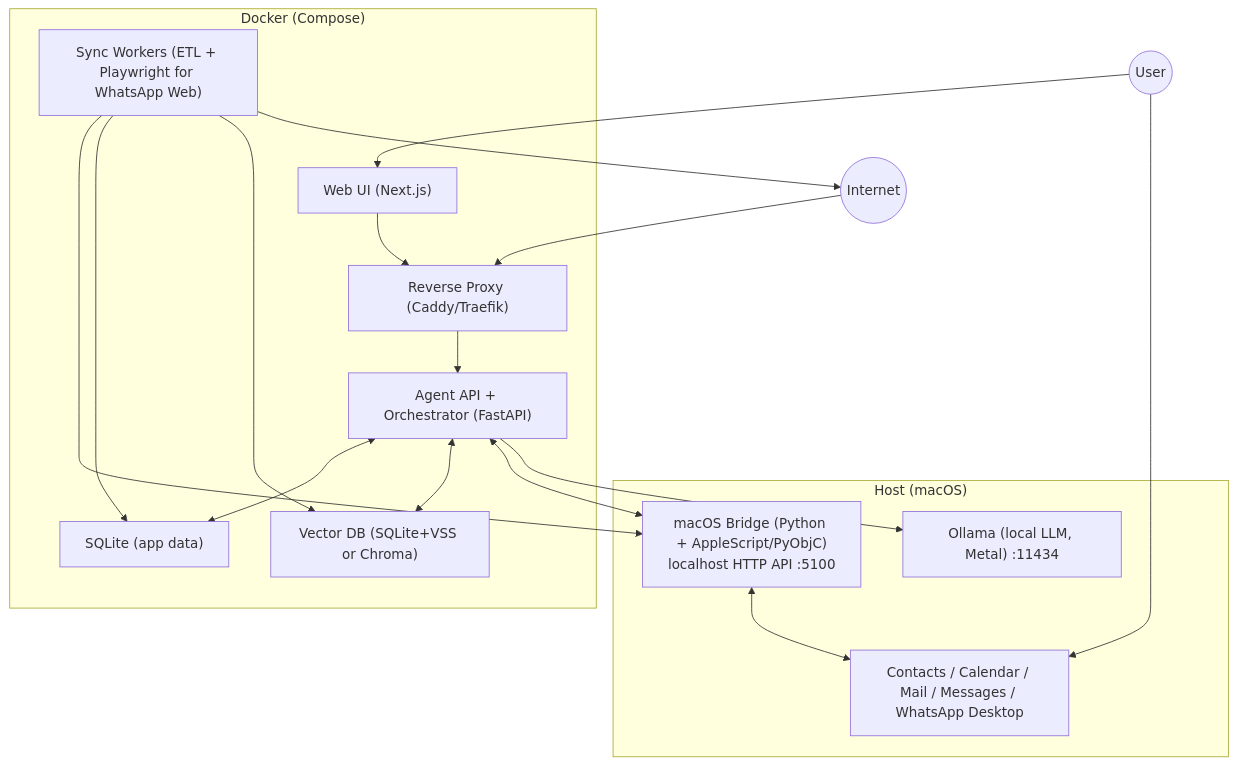
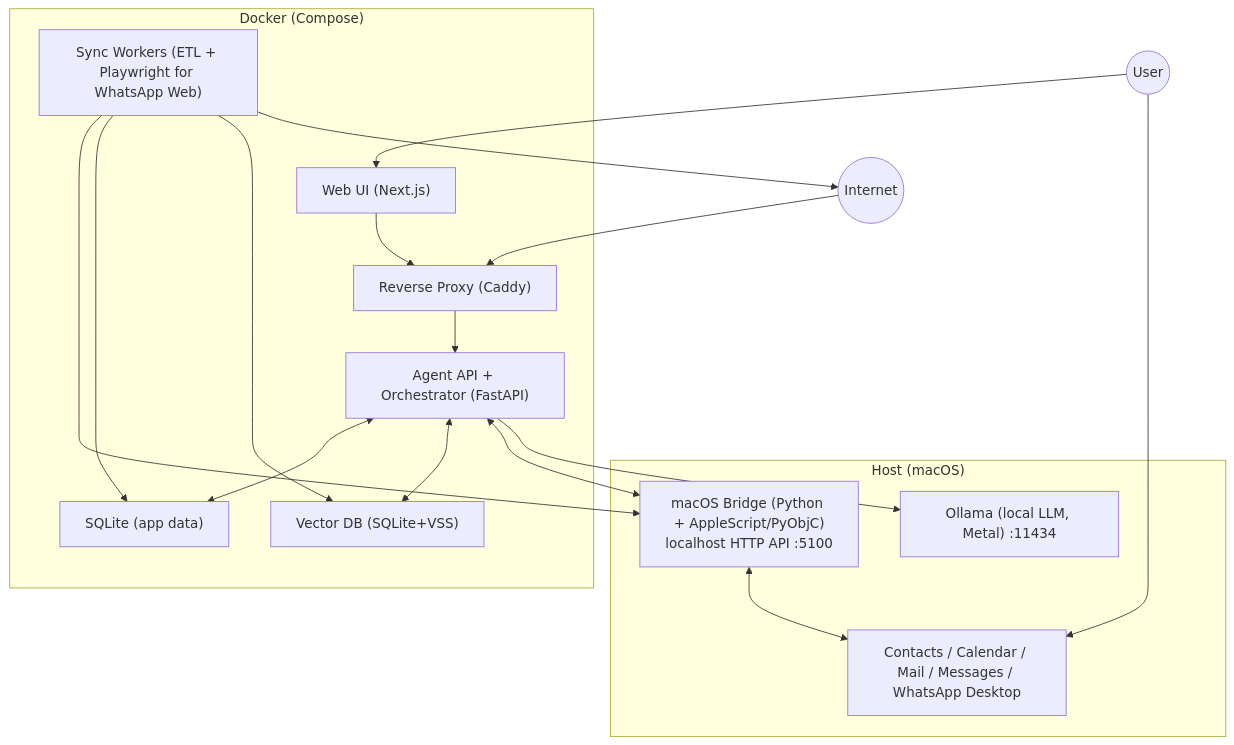
Before and after one commit to joshuawlim/Kenny-v2: the diagram in docs/architecture/diagrams/container.mmd, drawn with Mermaid. The commit also changed 16 other files, not shown here.

```diff
--- a/docs/architecture/diagrams/container.mmd
+++ b/docs/architecture/diagrams/container.mmd
@@ -1,36 +1,36 @@
 graph TD
   %% Kenny v2 - Container Diagram (Mermaid)
   user(("User"))
   internet(("Internet"))
 
   subgraph "Host (macOS)"
     macApps["Contacts / Calendar / Mail / Messages / WhatsApp Desktop"]
     macBridge["macOS Bridge (Python + AppleScript/PyObjC)\nlocalhost HTTP API :5100"]
     ollama["Ollama (local LLM, Metal) :11434"]
   end
 
   subgraph "Docker (Compose)"
-    proxy["Reverse Proxy (Caddy/Traefik)"]
+    proxy["Reverse Proxy (Caddy)"]
     api["Agent API + Orchestrator (FastAPI)"]
     workers["Sync Workers (ETL + Playwright for WhatsApp Web)"]
     sqldb["SQLite (app data)"]
-    vdb["Vector DB (SQLite+VSS or Chroma)"]
+    vdb["Vector DB (SQLite+VSS)"]
     ui["Web UI (Next.js)"]
   end
 
   user --> ui
   user --> macApps
 
   ui --> proxy --> api
   internet --> proxy
 
   api <--> sqldb
   api <--> vdb
   api <--> macBridge
   workers --> macBridge
   workers --> sqldb
   workers --> vdb
   workers --> internet
 
   macBridge <--> macApps
   api --> ollama
```
